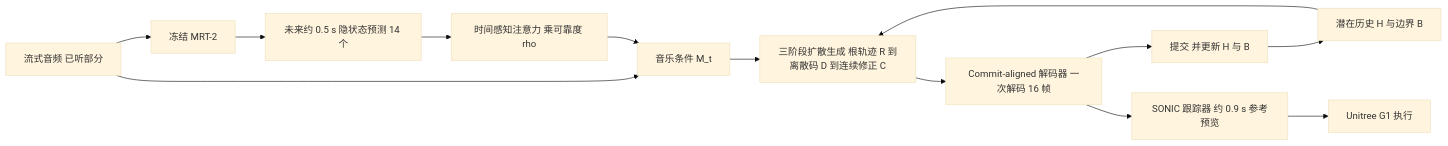
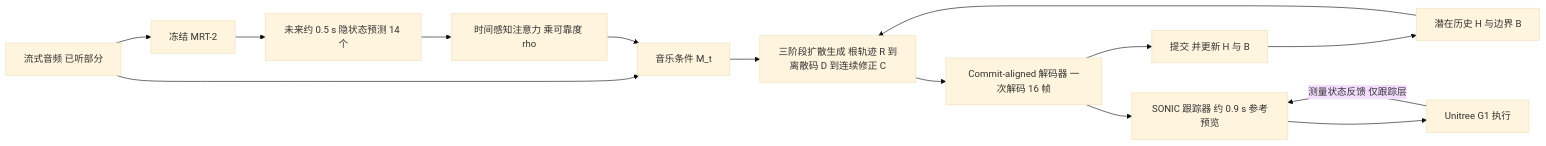
Before and after one commit to ImChong/Robotics_Notebooks: the diagram in wiki/entities/paper-aheadance.md, drawn with Mermaid (base theme). The commit also changed other lines of this file, not shown here.

````diff
--- a/wiki/entities/paper-aheadance.md
+++ b/wiki/entities/paper-aheadance.md
@@ -61,15 +62,16 @@
 ```mermaid
 flowchart LR
   A[流式音频 已听部分] --> M[冻结 MRT-2]
   M --> F[未来约 0.5 s 隐状态预测 14 个]
   F --> W[时间感知注意力 乘可靠度 rho]
   A --> C[音乐条件 M_t]
   W --> C
   H[潜在历史 H 与边界 B] --> G
   C --> G[三阶段扩散生成 根轨迹 R 到离散码 D 到连续修正 C]
   G --> X[Commit-aligned 解码器 一次解码 16 帧]
   X --> U[提交 并更新 H 与 B]
   U --> H
   X --> S[SONIC 跟踪器 约 0.9 s 参考预览]
   S --> R[Unitree G1 执行]
+  R -->|测量状态反馈 仅跟踪层| S
 ```
````
